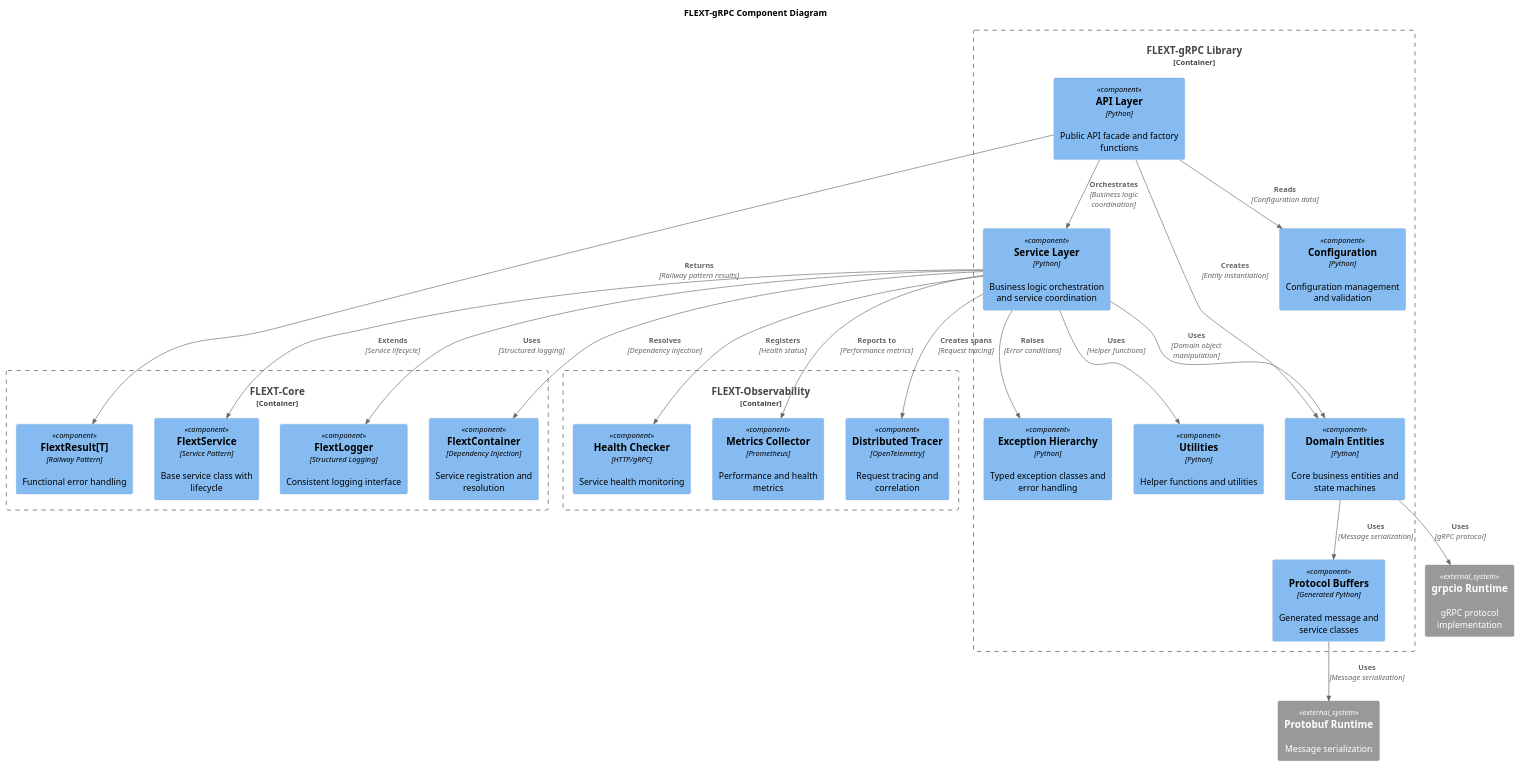
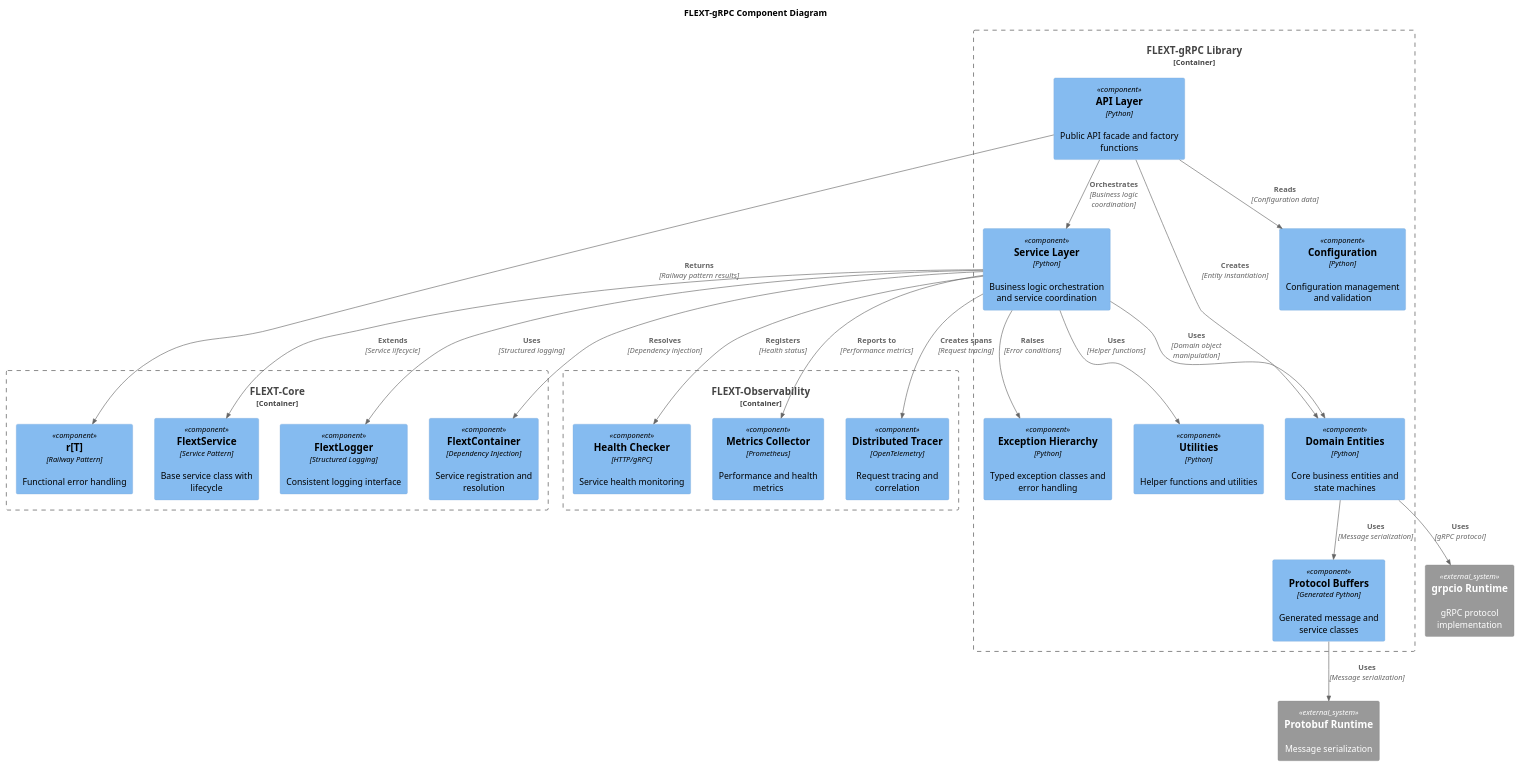
Before and after one commit to flext-sh/flext-grpc: the diagram in docs/architecture/diagrams/components.puml, drawn with PlantUML. The commit also changed 28 other files, not shown here.

```diff
--- a/docs/architecture/diagrams/components.puml
+++ b/docs/architecture/diagrams/components.puml
@@ -1,54 +1,54 @@
 @startuml FLEXT-gRPC Component Diagram
 !include <C4/C4_Component>
 
 title FLEXT-gRPC Component Diagram
 
 Container_Boundary(flext_grpc_lib, "FLEXT-gRPC Library") {
     Component(flext_grpc_api, "API Layer", "Python", "Public API facade and factory functions")
     Component(flext_grpc_services, "Service Layer", "Python", "Business logic orchestration and service coordination")
     Component(flext_grpc_entities, "Domain Entities", "Python", "Core business entities and state machines")
     Component(flext_grpc_config, "Configuration", "Python", "Configuration management and validation")
     Component(flext_grpc_exceptions, "Exception Hierarchy", "Python", "Typed exception classes and error handling")
     Component(flext_grpc_utilities, "Utilities", "Python", "Helper functions and utilities")
     Component(flext_grpc_protobuf, "Protocol Buffers", "Generated Python", "Generated message and service classes")
 }
 
 Container_Boundary(flext_core, "FLEXT-Core") {
-    Component(flext_result, "FlextResult[T]", "Railway Pattern", "Functional error handling")
+    Component(flext_result, "r[T]", "Railway Pattern", "Functional error handling")
     Component(flext_container, "FlextContainer", "Dependency Injection", "Service registration and resolution")
     Component(flext_service, "FlextService", "Service Pattern", "Base service class with lifecycle")
     Component(flext_logger, "FlextLogger", "Structured Logging", "Consistent logging interface")
 }
 
 Container_Boundary(flext_observability, "FLEXT-Observability") {
     Component(metrics_collector, "Metrics Collector", "Prometheus", "Performance and health metrics")
     Component(tracer, "Distributed Tracer", "OpenTelemetry", "Request tracing and correlation")
     Component(health_checker, "Health Checker", "HTTP/gRPC", "Service health monitoring")
 }
 
 System_Ext(grpcio_runtime, "grpcio Runtime", "gRPC protocol implementation")
 System_Ext(protobuf_runtime, "Protobuf Runtime", "Message serialization")
 
 Rel(flext_grpc_api, flext_grpc_services, "Orchestrates", "Business logic coordination")
 Rel(flext_grpc_api, flext_grpc_entities, "Creates", "Entity instantiation")
 Rel(flext_grpc_api, flext_grpc_config, "Reads", "Configuration data")
 
 Rel(flext_grpc_services, flext_grpc_entities, "Uses", "Domain object manipulation")
 Rel(flext_grpc_services, flext_grpc_exceptions, "Raises", "Error conditions")
 Rel(flext_grpc_services, flext_grpc_utilities, "Uses", "Helper functions")
 
 Rel(flext_grpc_entities, flext_grpc_protobuf, "Uses", "Message serialization")
 
 Rel(flext_grpc_api, flext_result, "Returns", "Railway pattern results")
 Rel(flext_grpc_services, flext_container, "Resolves", "Dependency injection")
 Rel(flext_grpc_services, flext_service, "Extends", "Service lifecycle")
 Rel(flext_grpc_services, flext_logger, "Uses", "Structured logging")
 
 Rel(flext_grpc_services, metrics_collector, "Reports to", "Performance metrics")
 Rel(flext_grpc_services, tracer, "Creates spans", "Request tracing")
 Rel(flext_grpc_services, health_checker, "Registers", "Health status")
 
 Rel(flext_grpc_entities, grpcio_runtime, "Uses", "gRPC protocol")
 Rel(flext_grpc_protobuf, protobuf_runtime, "Uses", "Message serialization")
 
 @enduml
```
